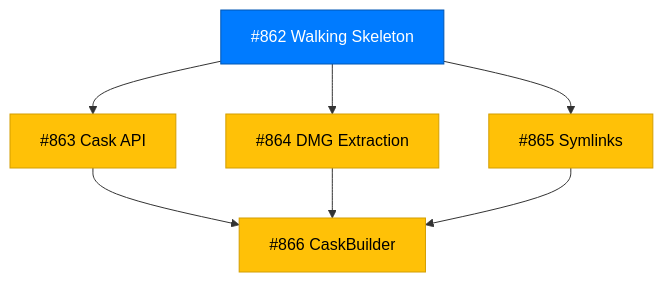
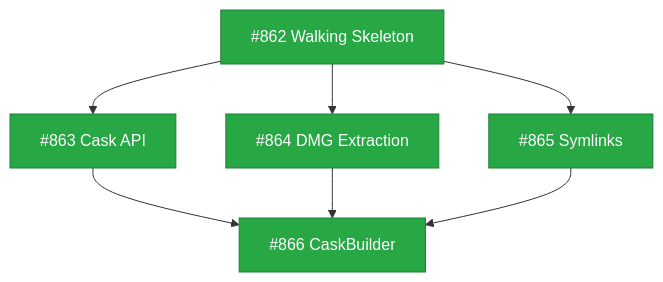
The diagram in docs/designs/DESIGN-cask-support.md (tsukumogami/tsuku), drawn with Mermaid before and after one commit. The commit also changed other lines of this file and 3 other files, not shown here.

First line of the commit message:
feat(builder): add CaskBuilder for recipe generation (#941)

````diff
--- a/docs/designs/DESIGN-cask-support.md
+++ b/docs/designs/DESIGN-cask-support.md
@@ -15,19 +15,19 @@
 ```mermaid
 graph TD
-    I862["#862 Walking Skeleton"]:::ready
-    I863["#863 Cask API"]:::blocked
-    I864["#864 DMG Extraction"]:::blocked
-    I865["#865 Symlinks"]:::blocked
-    I866["#866 CaskBuilder"]:::blocked
+    I862["#862 Walking Skeleton"]:::done
+    I863["#863 Cask API"]:::done
+    I864["#864 DMG Extraction"]:::done
+    I865["#865 Symlinks"]:::done
+    I866["#866 CaskBuilder"]:::done
 
     I862 --> I863
     I862 --> I864
     I862 --> I865
     I863 --> I866
     I864 --> I866
     I865 --> I866
 
     classDef done fill:#28a745,stroke:#1e7e34,color:white
     classDef ready fill:#007bff,stroke:#0056b3,color:white
     classDef blocked fill:#ffc107,stroke:#d39e00,color:black
 ```
````
